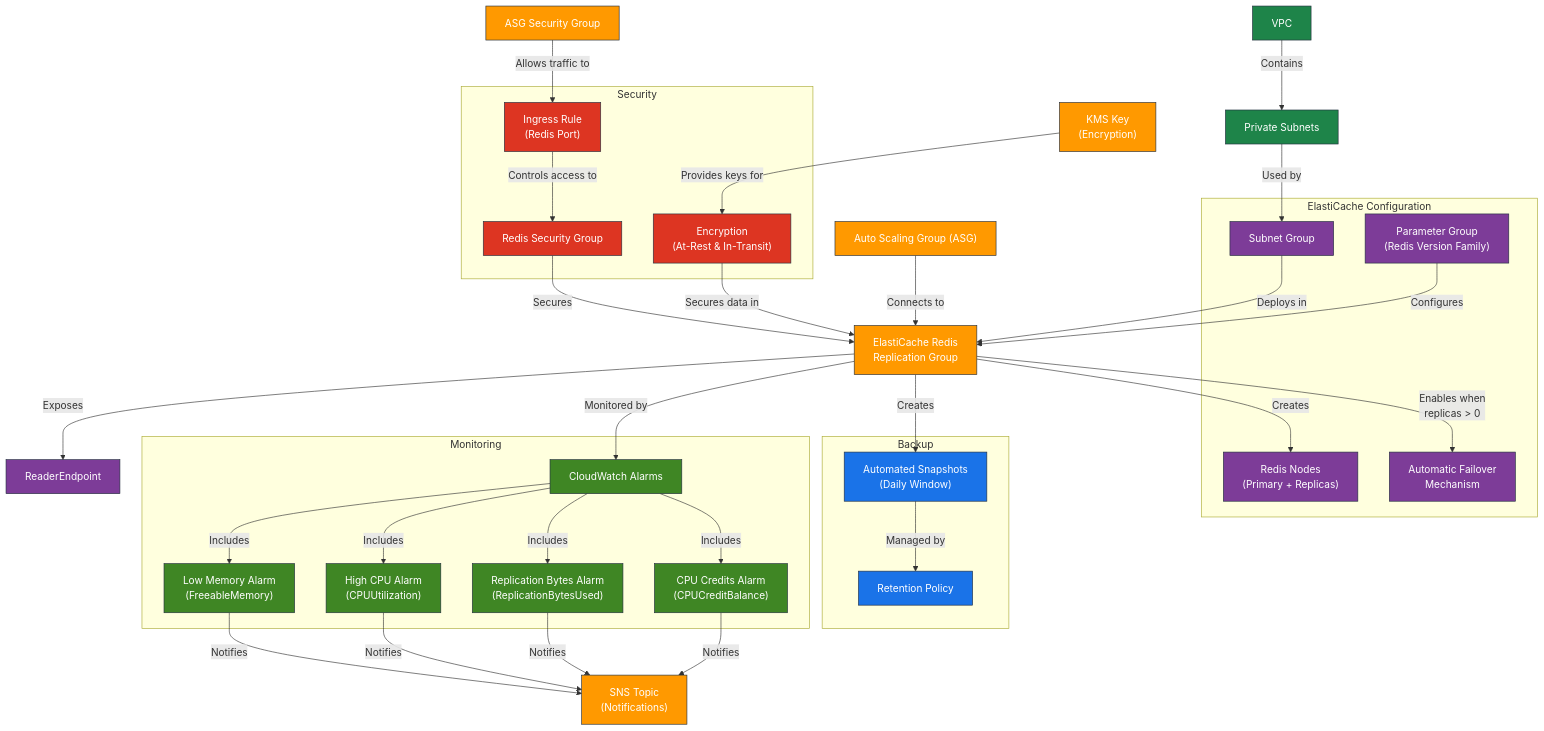
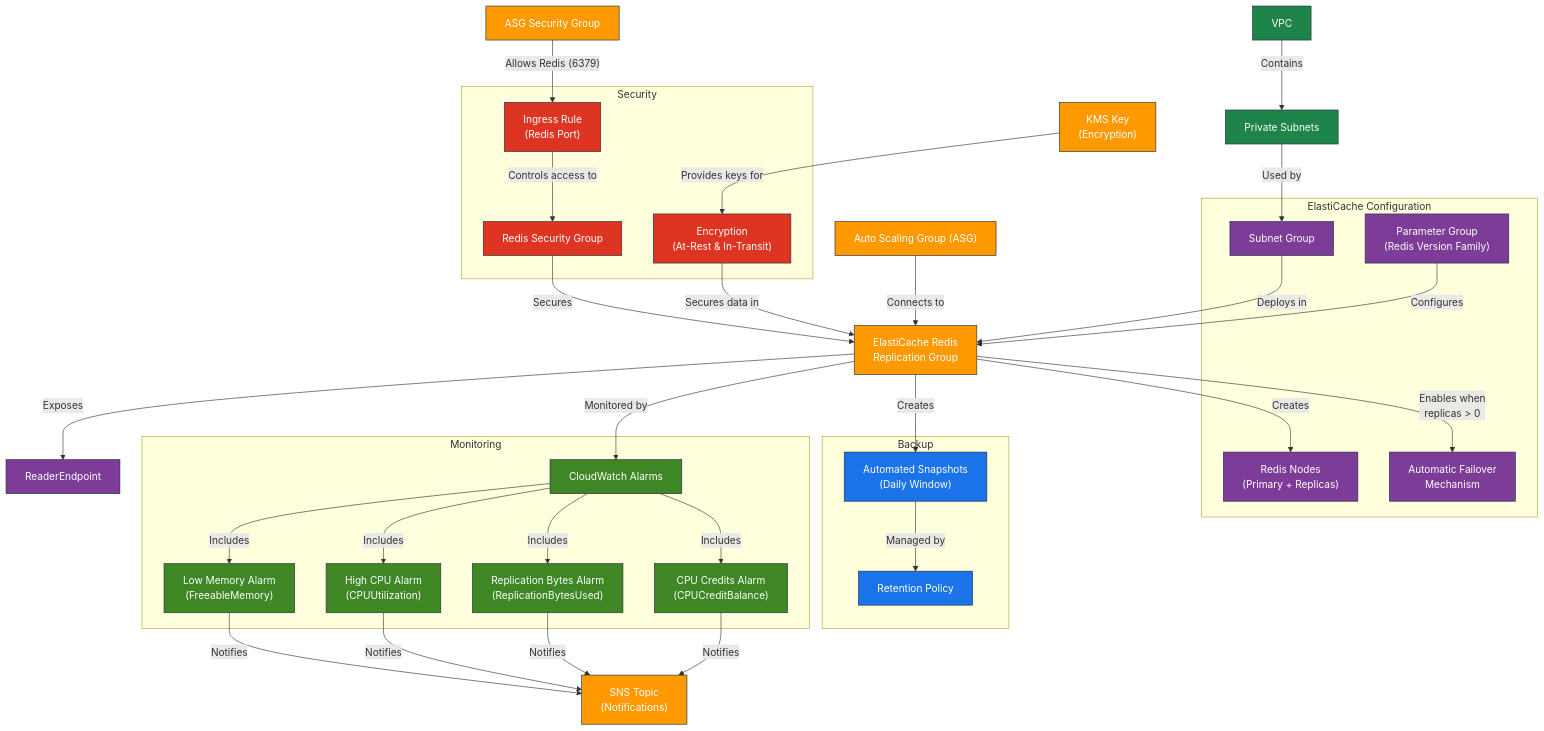
Before and after one commit to hetmanskyi-cloud/AWS: the diagram in terraform/modules/elasticache/README.md, drawn with Mermaid. The commit also changed other lines of this file and 6 other files, not shown here.

```diff
--- a/terraform/modules/elasticache/README.md
+++ b/terraform/modules/elasticache/README.md
@@ -64,7 +64,7 @@
     
     %% Connections
     ASG -->|"Connects to"| Redis
-    ASG_SG -->|"Allows traffic to"| IngressRule
+    ASG_SG -->|"Allows Redis (6379)"| IngressRule
     IngressRule -->|"Controls access to"| RedisSG
     RedisSG -->|"Secures"| Redis
     
```
